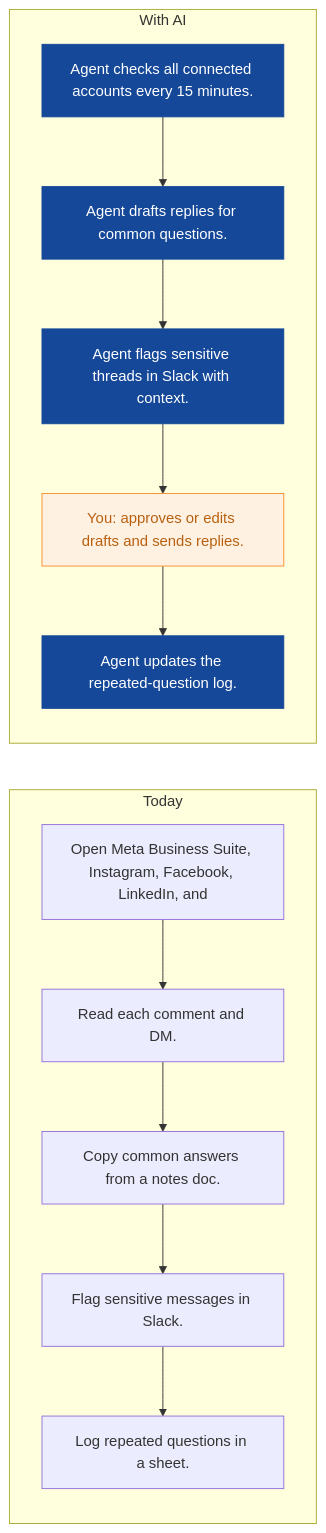
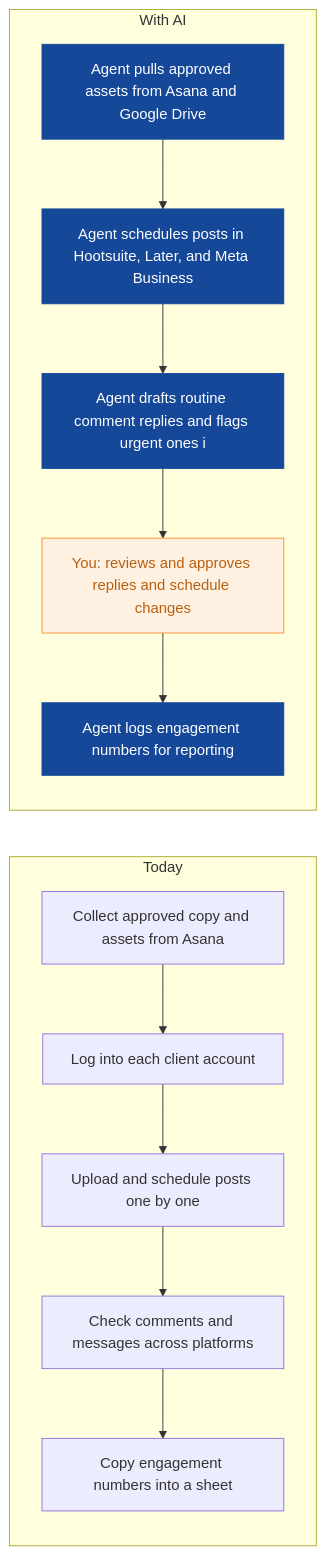
Before and after one commit to nexibeo/Complete-AI-Strategy: the first of 8 diagrams in strategies/pixelhive-studio.md, drawn with Mermaid. The commit also changed other lines of this file and 26 other files, not shown here.

````diff
--- a/strategies/pixelhive-studio.md
+++ b/strategies/pixelhive-studio.md
@@ -49,23 +52,23 @@
 ```mermaid
 flowchart LR
   subgraph Today
-    B0["Open Meta Business Suite, Instagram, Facebook, LinkedIn, and"]
-    B1["Read each comment and DM."]
-    B2["Copy common answers from a notes doc."]
-    B3["Flag sensitive messages in Slack."]
-    B4["Log repeated questions in a sheet."]
+    B0["Collect approved copy and assets from Asana"]
+    B1["Log into each client account"]
+    B2["Upload and schedule posts one by one"]
+    B3["Check comments and messages across platforms"]
+    B4["Copy engagement numbers into a sheet"]
     B0 --> B1 --> B2 --> B3 --> B4
   end
   subgraph WithAI[With AI]
-    A0["Agent checks all connected accounts every 15 minutes."]
-    A1["Agent drafts replies for common questions."]
-    A2["Agent flags sensitive threads in Slack with context."]
-    A3["You: approves or edits drafts and sends replies."]
-    A4["Agent updates the repeated-question log."]
+    A0["Agent pulls approved assets from Asana and Google Drive"]
+    A1["Agent schedules posts in Hootsuite, Later, and Meta Business"]
+    A2["Agent drafts routine comment replies and flags urgent ones i"]
+    A3["You: reviews and approves replies and schedule changes"]
+    A4["Agent logs engagement numbers for reporting"]
     A0 --> A1 --> A2 --> A3 --> A4
   end
   classDef ai fill:#154899,color:#fff,stroke:#154899
   classDef human fill:#FFF1E2,color:#B8600F,stroke:#F98F2C
   class A0,A1,A2,A4 ai
   class A3 human
 ```
````
